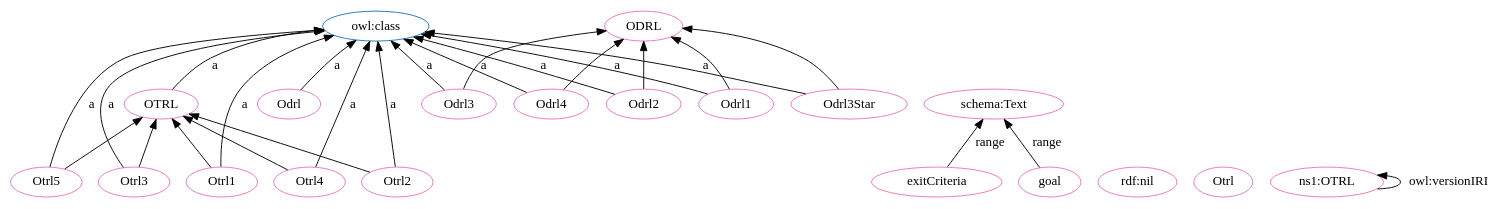
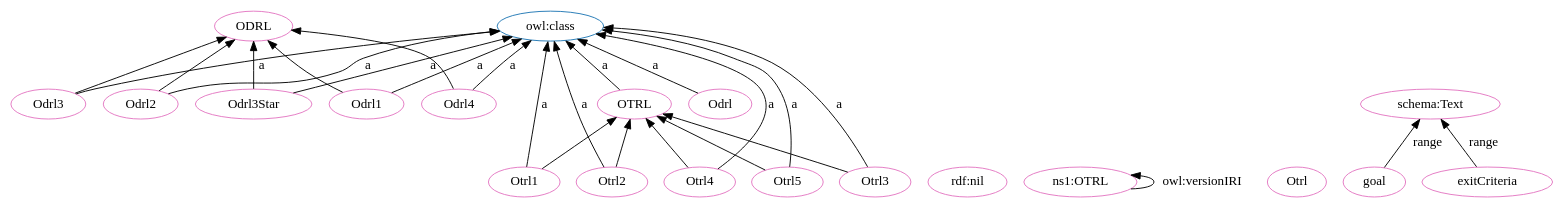
The diagram in OTRL-clean.dot (OPEN-NEXT/OKH-LOSH), drawn with Graphviz before and after one commit. The commit also changed other lines of this file and 15 other files, not shown here.

```diff
--- a/OTRL-clean.dot
+++ b/OTRL-clean.dot
@@ -1,51 +1,51 @@
 digraph G {
   rankdir=BT
   node[height=.3]
 "http://www.w3.org/2002/07/owl#class" [fillcolor="#1f77b4" color="#1f77b4" label="owl:class"]
 "http://purl.org/oseg/ontologies/OTRL#ODRL" [fillcolor="#1f77b4" color="#1f77b4" label="ODRL"]
 "http://purl.org/oseg/ontologies/OTRL#OTRL" [fillcolor="#1f77b4" color="#1f77b4" label="OTRL"]
+"http://purl.org/oseg/ontologies/OTRL#ODRL" [fillcolor="#e377c2" color="#e377c2" label="ODRL"]
+"http://purl.org/oseg/ontologies/OTRL#Odrl3Star" [fillcolor="#e377c2" color="#e377c2" label="Odrl3Star"]
+"http://purl.org/oseg/ontologies/OTRL#Odrl" [fillcolor="#e377c2" color="#e377c2" label="Odrl"]
+"http://purl.org/oseg/ontologies/OTRL#Odrl3" [fillcolor="#e377c2" color="#e377c2" label="Odrl3"]
+"http://www.w3.org/1999/02/22-rdf-syntax-ns#nil" [fillcolor="#e377c2" color="#e377c2" label="rdf:nil"]
+"http://purl.org/oseg/ontologies/OTRL#Otrl4" [fillcolor="#e377c2" color="#e377c2" label="Otrl4"]
+"http://purl.org/oseg/ontologies/OTRL#Odrl4" [fillcolor="#e377c2" color="#e377c2" label="Odrl4"]
+"http://purl.org/oseg/ontologies/OTRL#Odrl1" [fillcolor="#e377c2" color="#e377c2" label="Odrl1"]
+"http://purl.org/oseg/ontologies/OTRL" [fillcolor="#e377c2" color="#e377c2" label="ns1:OTRL"]
+"http://purl.org/oseg/ontologies/OTRL#Otrl" [fillcolor="#e377c2" color="#e377c2" label="Otrl"]
+"http://purl.org/oseg/ontologies/OTRL#OTRL" [fillcolor="#e377c2" color="#e377c2" label="OTRL"]
+"http://purl.org/oseg/ontologies/OTRL#goal" [fillcolor="#e377c2" color="#e377c2" label="goal"]
+"http://schema.org/Text" [fillcolor="#e377c2" color="#e377c2" label="schema:Text"]
 "http://purl.org/oseg/ontologies/OTRL#exitCriteria" [fillcolor="#e377c2" color="#e377c2" label="exitCriteria"]
-"http://purl.org/oseg/ontologies/OTRL#Odrl4" [fillcolor="#e377c2" color="#e377c2" label="Odrl4"]
-"http://www.w3.org/1999/02/22-rdf-syntax-ns#nil" [fillcolor="#e377c2" color="#e377c2" label="rdf:nil"]
-"http://purl.org/oseg/ontologies/OTRL#ODRL" [fillcolor="#e377c2" color="#e377c2" label="ODRL"]
-"http://purl.org/oseg/ontologies/OTRL#Otrl" [fillcolor="#e377c2" color="#e377c2" label="Otrl"]
-"http://purl.org/oseg/ontologies/OTRL#Odrl" [fillcolor="#e377c2" color="#e377c2" label="Odrl"]
+"http://purl.org/oseg/ontologies/OTRL#Otrl2" [fillcolor="#e377c2" color="#e377c2" label="Otrl2"]
+"http://purl.org/oseg/ontologies/OTRL#Otrl3" [fillcolor="#e377c2" color="#e377c2" label="Otrl3"]
+"http://purl.org/oseg/ontologies/OTRL#Otrl1" [fillcolor="#e377c2" color="#e377c2" label="Otrl1"]
 "http://purl.org/oseg/ontologies/OTRL#Otrl5" [fillcolor="#e377c2" color="#e377c2" label="Otrl5"]
-"http://purl.org/oseg/ontologies/OTRL#OTRL" [fillcolor="#e377c2" color="#e377c2" label="OTRL"]
 "http://purl.org/oseg/ontologies/OTRL#Odrl2" [fillcolor="#e377c2" color="#e377c2" label="Odrl2"]
-"http://purl.org/oseg/ontologies/OTRL#goal" [fillcolor="#e377c2" color="#e377c2" label="goal"]
-"http://purl.org/oseg/ontologies/OTRL#Otrl2" [fillcolor="#e377c2" color="#e377c2" label="Otrl2"]
-"http://schema.org/Text" [fillcolor="#e377c2" color="#e377c2" label="schema:Text"]
-"http://purl.org/oseg/ontologies/OTRL#Otrl1" [fillcolor="#e377c2" color="#e377c2" label="Otrl1"]
-"http://purl.org/oseg/ontologies/OTRL#Odrl3" [fillcolor="#e377c2" color="#e377c2" label="Odrl3"]
-"http://purl.org/oseg/ontologies/OTRL#Otrl3" [fillcolor="#e377c2" color="#e377c2" label="Otrl3"]
-"http://purl.org/oseg/ontologies/OTRL" [fillcolor="#e377c2" color="#e377c2" label="ns1:OTRL"]
-"http://purl.org/oseg/ontologies/OTRL#Odrl1" [fillcolor="#e377c2" color="#e377c2" label="Odrl1"]
-"http://purl.org/oseg/ontologies/OTRL#Otrl4" [fillcolor="#e377c2" color="#e377c2" label="Otrl4"]
-"http://purl.org/oseg/ontologies/OTRL#Odrl3Star" [fillcolor="#e377c2" color="#e377c2" label="Odrl3Star"]
-  "http://purl.org/oseg/ontologies/OTRL#Odrl4" -> "http://www.w3.org/2002/07/owl#class" [label="a"]
-  "http://purl.org/oseg/ontologies/OTRL#Odrl2" -> "http://purl.org/oseg/ontologies/OTRL#ODRL" [label=""]
+  "http://purl.org/oseg/ontologies/OTRL#Otrl4" -> "http://www.w3.org/2002/07/owl#class" [label="a"]
+  "http://purl.org/oseg/ontologies/OTRL" -> "http://purl.org/oseg/ontologies/OTRL" [label="owl:versionIRI"]
+  "http://purl.org/oseg/ontologies/OTRL#Otrl5" -> "http://purl.org/oseg/ontologies/OTRL#OTRL" [label=""]
+  "http://purl.org/oseg/ontologies/OTRL#goal" -> "http://schema.org/Text" [label="range"]
+  "http://purl.org/oseg/ontologies/OTRL#Odrl3Star" -> "http://purl.org/oseg/ontologies/OTRL#ODRL" [label=""]
+  "http://purl.org/oseg/ontologies/OTRL#Otrl2" -> "http://www.w3.org/2002/07/owl#class" [label="a"]
   "http://purl.org/oseg/ontologies/OTRL#Odrl1" -> "http://purl.org/oseg/ontologies/OTRL#ODRL" [label=""]
   "http://purl.org/oseg/ontologies/OTRL#Odrl3" -> "http://purl.org/oseg/ontologies/OTRL#ODRL" [label=""]
+  "http://purl.org/oseg/ontologies/OTRL#OTRL" -> "http://www.w3.org/2002/07/owl#class" [label="a"]
+  "http://purl.org/oseg/ontologies/OTRL#Otrl2" -> "http://purl.org/oseg/ontologies/OTRL#OTRL" [label=""]
+  "http://purl.org/oseg/ontologies/OTRL#Odrl4" -> "http://purl.org/oseg/ontologies/OTRL#ODRL" [label=""]
+  "http://purl.org/oseg/ontologies/OTRL#Otrl1" -> "http://www.w3.org/2002/07/owl#class" [label="a"]
+  "http://purl.org/oseg/ontologies/OTRL#Otrl5" -> "http://www.w3.org/2002/07/owl#class" [label="a"]
+  "http://purl.org/oseg/ontologies/OTRL#Otrl1" -> "http://purl.org/oseg/ontologies/OTRL#OTRL" [label=""]
+  "http://purl.org/oseg/ontologies/OTRL#Odrl2" -> "http://www.w3.org/2002/07/owl#class" [label="a"]
+  "http://purl.org/oseg/ontologies/OTRL#Odrl2" -> "http://purl.org/oseg/ontologies/OTRL#ODRL" [label=""]
+  "http://purl.org/oseg/ontologies/OTRL#Odrl3Star" -> "http://www.w3.org/2002/07/owl#class" [label="a"]
+  "http://purl.org/oseg/ontologies/OTRL#Odrl3" -> "http://www.w3.org/2002/07/owl#class" [label="a"]
+  "http://purl.org/oseg/ontologies/OTRL#Odrl4" -> "http://www.w3.org/2002/07/owl#class" [label="a"]
+  "http://purl.org/oseg/ontologies/OTRL#Odrl1" -> "http://www.w3.org/2002/07/owl#class" [label="a"]
+  "http://purl.org/oseg/ontologies/OTRL#Otrl4" -> "http://purl.org/oseg/ontologies/OTRL#OTRL" [label=""]
+  "http://purl.org/oseg/ontologies/OTRL#exitCriteria" -> "http://schema.org/Text" [label="range"]
+  "http://purl.org/oseg/ontologies/OTRL#Otrl3" -> "http://www.w3.org/2002/07/owl#class" [label="a"]
   "http://purl.org/oseg/ontologies/OTRL#Odrl" -> "http://www.w3.org/2002/07/owl#class" [label="a"]
-  "http://purl.org/oseg/ontologies/OTRL#Otrl5" -> "http://purl.org/oseg/ontologies/OTRL#OTRL" [label=""]
-  "http://purl.org/oseg/ontologies/OTRL#Odrl3Star" -> "http://purl.org/oseg/ontologies/OTRL#ODRL" [label=""]
-  "http://purl.org/oseg/ontologies/OTRL#Otrl4" -> "http://purl.org/oseg/ontologies/OTRL#OTRL" [label=""]
-  "http://purl.org/oseg/ontologies/OTRL" -> "http://purl.org/oseg/ontologies/OTRL" [label="owl:versionIRI"]
   "http://purl.org/oseg/ontologies/OTRL#Otrl3" -> "http://purl.org/oseg/ontologies/OTRL#OTRL" [label=""]
-  "http://purl.org/oseg/ontologies/OTRL#exitCriteria" -> "http://schema.org/Text" [label="range"]
-  "http://purl.org/oseg/ontologies/OTRL#Odrl1" -> "http://www.w3.org/2002/07/owl#class" [label="a"]
-  "http://purl.org/oseg/ontologies/OTRL#Otrl4" -> "http://www.w3.org/2002/07/owl#class" [label="a"]
-  "http://purl.org/oseg/ontologies/OTRL#Odrl4" -> "http://purl.org/oseg/ontologies/OTRL#ODRL" [label=""]
-  "http://purl.org/oseg/ontologies/OTRL#Otrl2" -> "http://purl.org/oseg/ontologies/OTRL#OTRL" [label=""]
-  "http://purl.org/oseg/ontologies/OTRL#Odrl3Star" -> "http://www.w3.org/2002/07/owl#class" [label="a"]
-  "http://purl.org/oseg/ontologies/OTRL#Otrl5" -> "http://www.w3.org/2002/07/owl#class" [label="a"]
-  "http://purl.org/oseg/ontologies/OTRL#OTRL" -> "http://www.w3.org/2002/07/owl#class" [label="a"]
-  "http://purl.org/oseg/ontologies/OTRL#Odrl2" -> "http://www.w3.org/2002/07/owl#class" [label="a"]
-  "http://purl.org/oseg/ontologies/OTRL#Otrl2" -> "http://www.w3.org/2002/07/owl#class" [label="a"]
-  "http://purl.org/oseg/ontologies/OTRL#goal" -> "http://schema.org/Text" [label="range"]
-  "http://purl.org/oseg/ontologies/OTRL#Otrl1" -> "http://www.w3.org/2002/07/owl#class" [label="a"]
-  "http://purl.org/oseg/ontologies/OTRL#Odrl3" -> "http://www.w3.org/2002/07/owl#class" [label="a"]
-  "http://purl.org/oseg/ontologies/OTRL#Otrl3" -> "http://www.w3.org/2002/07/owl#class" [label="a"]
-  "http://purl.org/oseg/ontologies/OTRL#Otrl1" -> "http://purl.org/oseg/ontologies/OTRL#OTRL" [label=""]
 }
```
